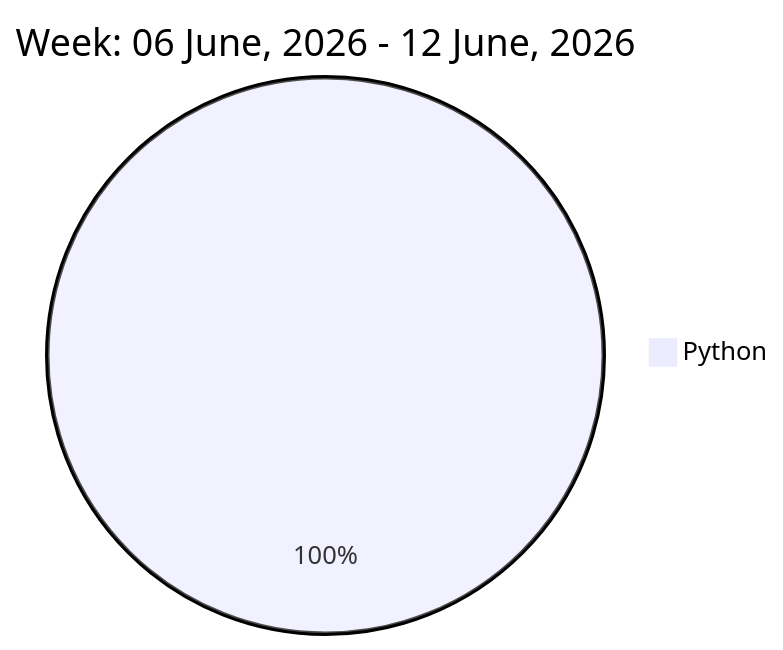
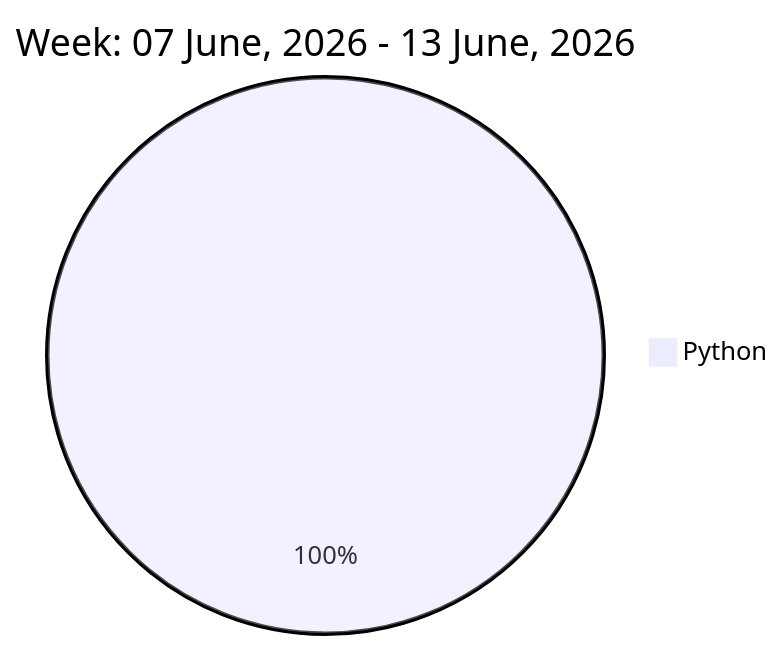
Before and after one commit to liubin95/liubin95: the diagram in README.md, drawn with Mermaid.

Commit message:
Updated the Graph with new Metrics

````diff
--- a/README.md
+++ b/README.md
@@ -32,5 +32,5 @@
 ```mermaid
  pie
-title Week: 06 June, 2026 - 12 June, 2026
+title Week: 07 June, 2026 - 13 June, 2026
  "Python" : 9.65
 ```
````
